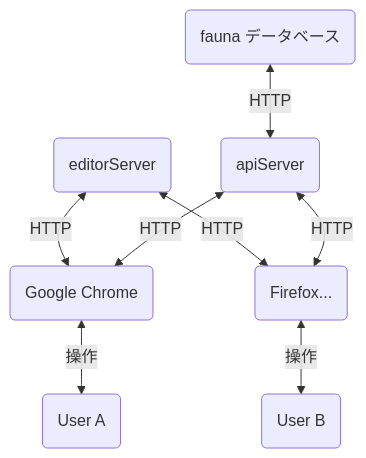
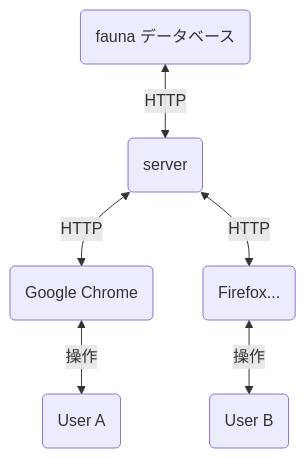
The diagram in deno-lib/README.md (narumincho/definy), drawn with Mermaid before and after one commit. The commit also changed other lines of this file and 16 other files, not shown here.

Commit message:
apiServer と editorServer を1つに変更

````diff
--- a/deno-lib/README.md
+++ b/deno-lib/README.md
@@ -3,19 +3,16 @@
 ```mermaid
 flowchart TD
 
 GoogleChrome(Google Chrome)
 UserA(User A)
 UserB(User B)
 Firefox(Firefox...)
-editorServer(editorServer)
-apiServer(apiServer)
+server(server)
 fauna(fauna データベース)
 
-fauna <-- HTTP --> apiServer
-editorServer <-- HTTP --> GoogleChrome
-apiServer <-- HTTP --> GoogleChrome
+fauna <-- HTTP --> server
+server <-- HTTP --> GoogleChrome
 GoogleChrome <-- 操作 --> UserA
-editorServer <-- HTTP --> Firefox
-apiServer <-- HTTP --> Firefox
+server <-- HTTP --> Firefox
 Firefox <-- 操作 --> UserB
 ```
````
